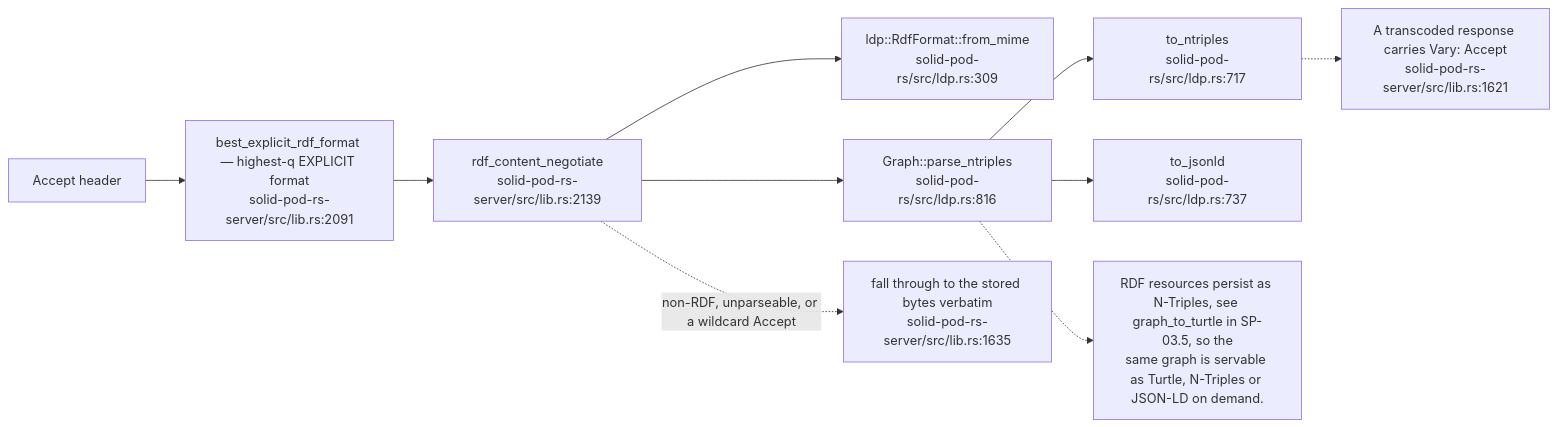
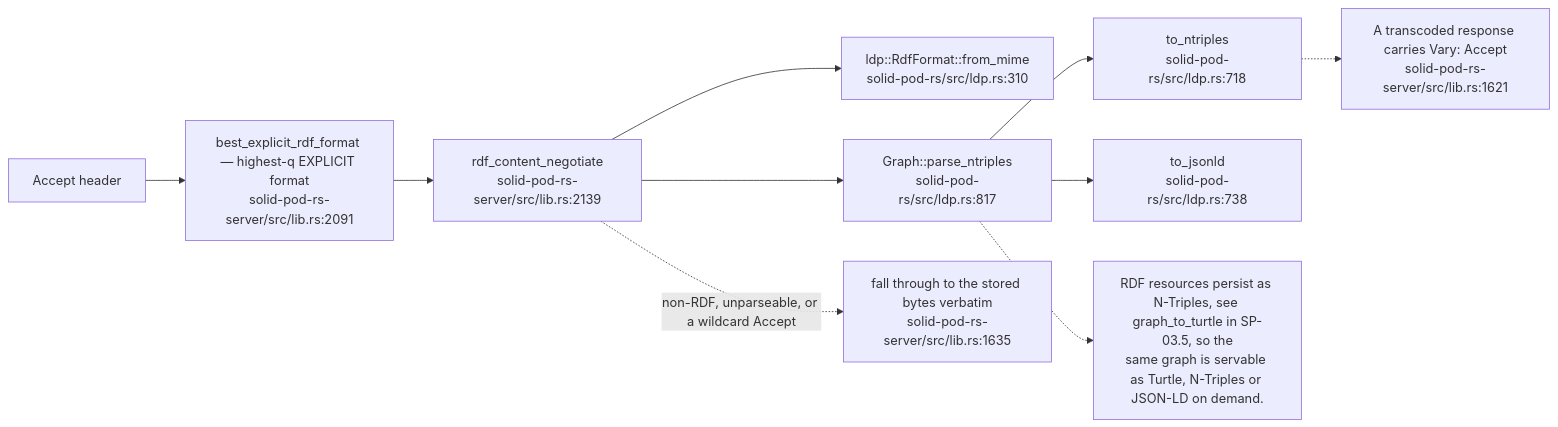
One commit to DreamLab-AI/VisionFlow changed the ninth of 11 diagrams in docs/diagrams/solid-pod-rs/03-ldp-request-lifecycle.md. Above: the diagram before and after it, drawn with Mermaid. The commit also changed other lines of this file and 145 other files, not shown here.

````diff
--- a/docs/diagrams/solid-pod-rs/03-ldp-request-lifecycle.md
+++ b/docs/diagrams/solid-pod-rs/03-ldp-request-lifecycle.md
@@ -278,22 +278,22 @@
 ```mermaid
 flowchart LR
     ACC["Accept header"]
     BEST["best_explicit_rdf_format — highest-q EXPLICIT format<br/>solid-pod-rs-server/src/lib.rs:2091"]
     NEG["rdf_content_negotiate<br/>solid-pod-rs-server/src/lib.rs:2139"]
-    FMT["ldp::RdfFormat::from_mime<br/>solid-pod-rs/src/ldp.rs:309"]
-    NT["Graph::parse_ntriples<br/>solid-pod-rs/src/ldp.rs:816"]
-    OUT1["to_ntriples<br/>solid-pod-rs/src/ldp.rs:717"]
-    OUT2["to_jsonld<br/>solid-pod-rs/src/ldp.rs:737"]
+    FMT["ldp::RdfFormat::from_mime<br/>solid-pod-rs/src/ldp.rs:310"]
+    NT["Graph::parse_ntriples<br/>solid-pod-rs/src/ldp.rs:817"]
+    OUT1["to_ntriples<br/>solid-pod-rs/src/ldp.rs:718"]
+    OUT2["to_jsonld<br/>solid-pod-rs/src/ldp.rs:738"]
     VERB["fall through to the stored bytes verbatim<br/>solid-pod-rs-server/src/lib.rs:1635"]
 
     ACC --> BEST --> NEG --> FMT
     NEG --> NT
     NT --> OUT1
     NT --> OUT2
     NEG -. "non-RDF, unparseable, or a wildcard Accept" .-> VERB
 
     N["A transcoded response carries Vary: Accept<br/>solid-pod-rs-server/src/lib.rs:1621"]
     OUT1 -.-> N
     N2["RDF resources persist as N-Triples, see graph_to_turtle in SP-03.5, so the<br/>same graph is servable as Turtle, N-Triples or JSON-LD on demand."]
     NT -.-> N2
 ```
````
